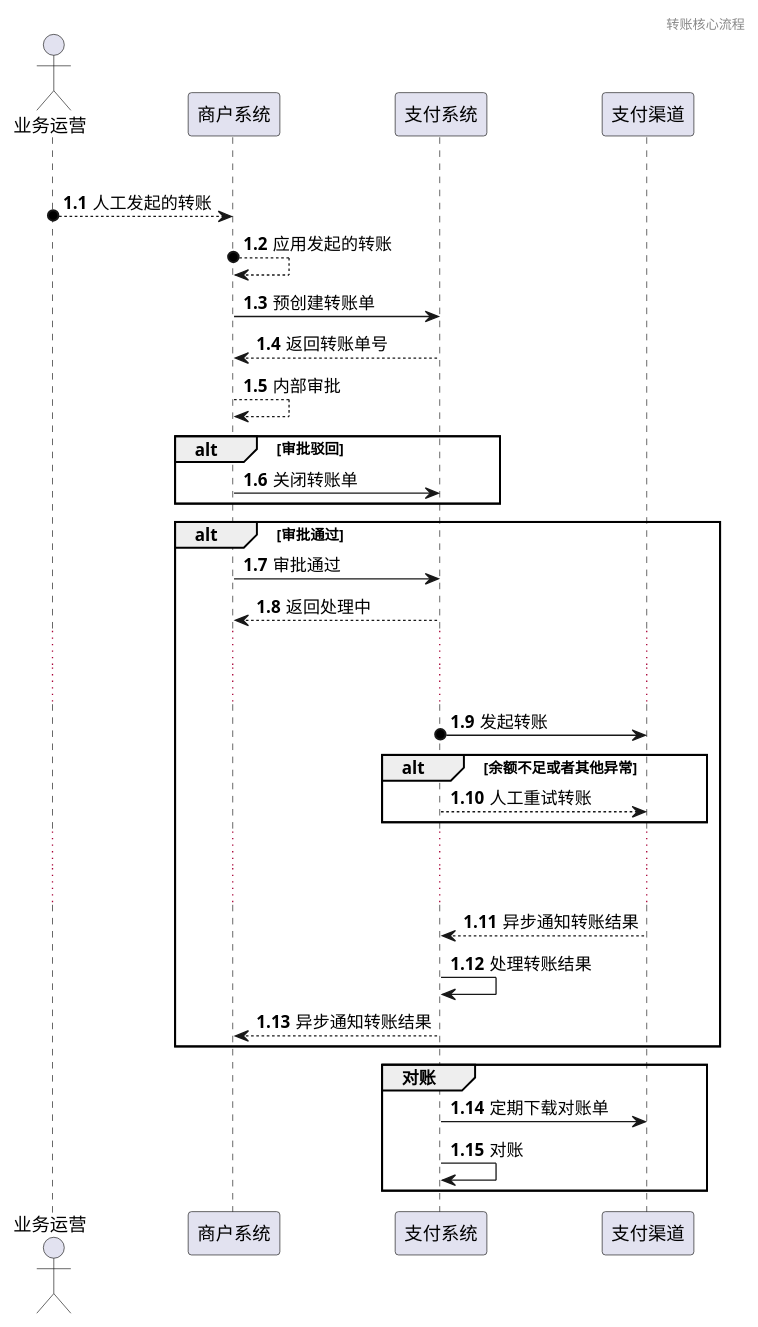
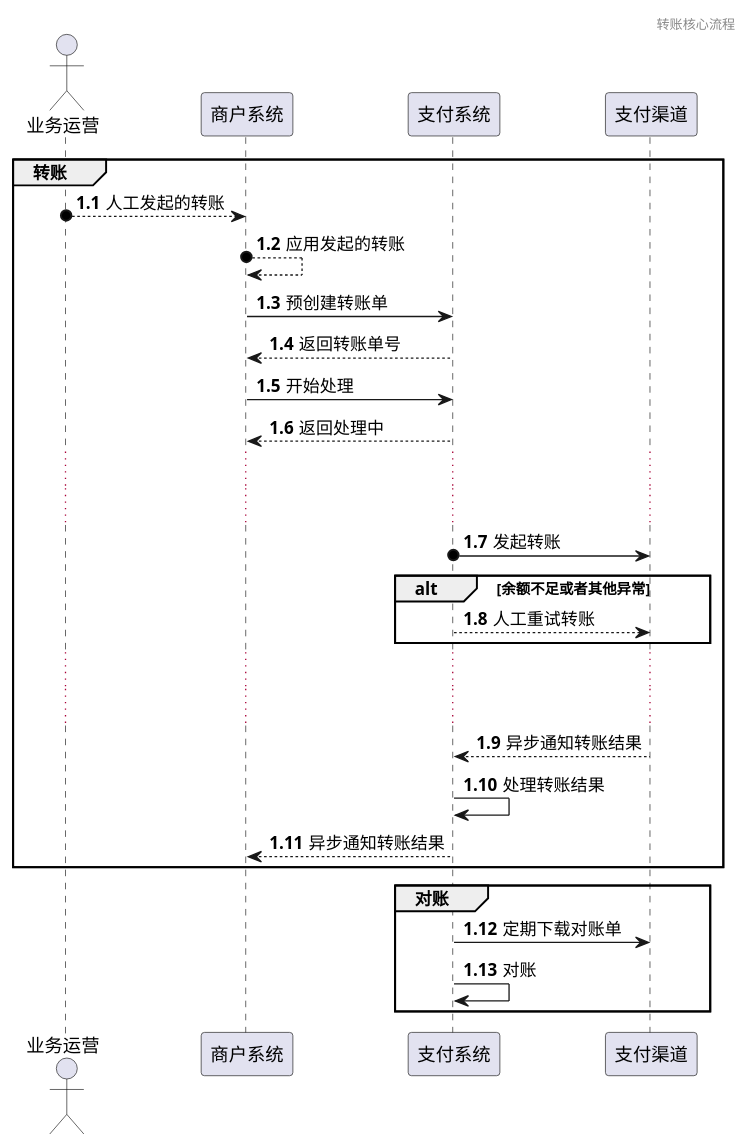
The first of 2 diagrams in docs/payments/transfer.md (red-jasmine/docs), drawn with PlantUML before and after one commit. The commit also changed other lines of this file and 2 other files, not shown here.

````diff
--- a/docs/payments/transfer.md
+++ b/docs/payments/transfer.md
@@ -29,55 +29,52 @@
 ```plantuml
 @startuml
 
 header 转账核心流程
 
 actor 业务运营
 participant 商户系统
 participant 支付系统
 participant 支付渠道
 
 
 group 转账
 autonumber  1.1
 
 业务运营 o--> 商户系统 : 人工发起的转账
 
 商户系统  o--> 商户系统 : 应用发起的转账
 
 商户系统 -> 支付系统: 预创建转账单
 支付系统 --> 商户系统: 返回转账单号
 
-商户系统 --> 商户系统: 内部审批
 
-alt 审批驳回
-商户系统 -> 支付系统: 关闭转账单
-end
 
-alt 审批通过
-商户系统 -> 支付系统: 审批通过
+
+商户系统 -> 支付系统: 开始处理
 支付系统 --> 商户系统: 返回处理中
+
 ...
 ...
 支付系统 o-> 支付渠道: 发起转账
 
 alt 余额不足或者其他异常
 支付系统 --> 支付渠道: 人工重试转账
 end
 
 ...
 ...
 支付渠道 --> 支付系统: 异步通知转账结果
 支付系统 -> 支付系统 : 处理转账结果
 
 支付系统 --> 商户系统: 异步通知转账结果
 end
 
 group 对账
 支付系统 -> 支付渠道:定期下载对账单
 
 支付系统 -> 支付系统: 对账
 
 end
 
 @enduml
 ```
````
